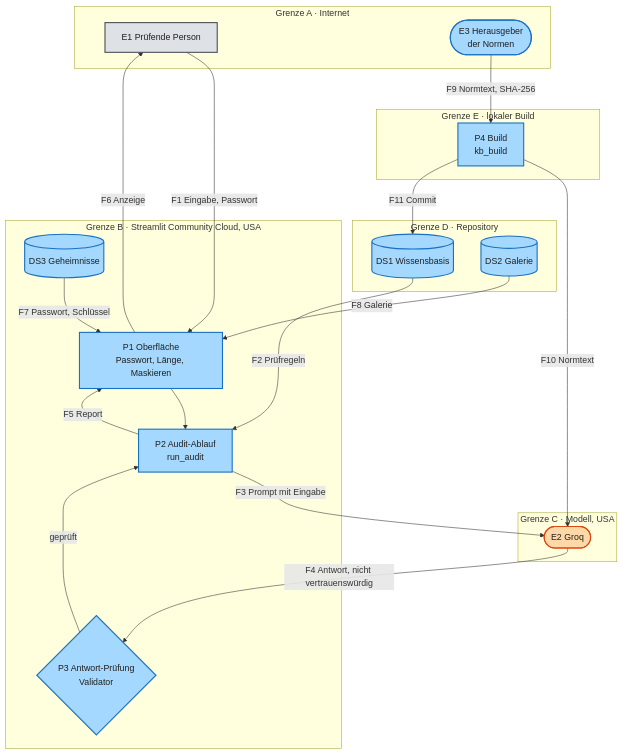
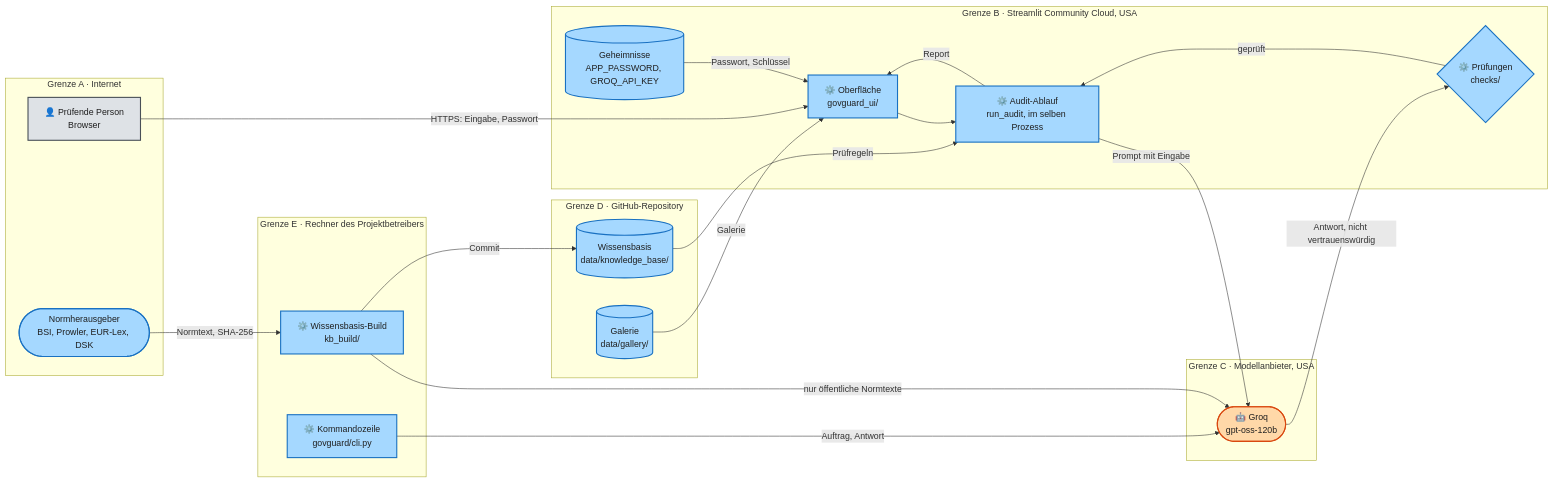
The fifth of 5 diagrams in docs/ARCHITECTURE.md (Daniel74/GovGuard), drawn with Mermaid before and after one commit. The commit also changed other lines of this file and 53 other files, not shown here.

Commit message:
#72 4+1-Doku ersetzt ARCHITECTURE und DESIGN, Ausbau nach AUSBAU.md, Drift-Test vereint

````diff
--- a/docs/ARCHITECTURE.md
+++ b/docs/ARCHITECTURE.md
@@ -464,38 +388,39 @@
 ```mermaid
-flowchart TB
+flowchart LR
   subgraph A["Grenze A · Internet"]
-    E1["E1 Prüfende Person"]:::human
-    E3(["E3 Herausgeber<br/>der Normen"]):::code
+    U["👤 Prüfende Person<br/>Browser"]:::human
+    N(["Normherausgeber<br/>BSI, Prowler, EUR-Lex, DSK"]):::code
   end
   subgraph B["Grenze B · Streamlit Community Cloud, USA"]
-    P1["P1 Oberfläche<br/>Passwort, Länge, Maskieren"]:::code
-    P2["P2 Audit-Ablauf<br/>run_audit"]:::code
-    P3{"P3 Antwort-Prüfung<br/>Validator"}:::code
-    SEC[("DS3 Geheimnisse")]:::code
+    UI["⚙️ Oberfläche<br/>govguard_ui/"]:::code
+    AE["⚙️ Audit-Ablauf<br/>run_audit, im selben Prozess"]:::code
+    P3{"⚙️ Prüfungen<br/>checks/"}:::code
+    SEC[("Geheimnisse<br/>APP_PASSWORD, GROQ_API_KEY")]:::code
   end
-  subgraph C["Grenze C · Modell, USA"]
-    E2(["E2 Groq"]):::llm
+  subgraph C["Grenze C · Modellanbieter, USA"]
+    GQ(["🤖 Groq<br/>gpt-oss-120b"]):::llm
   end
-  subgraph D["Grenze D · Repository"]
-    DS1[("DS1 Wissensbasis")]:::code
-    DS2[("DS2 Galerie")]:::code
+  subgraph D["Grenze D · GitHub-Repository"]
+    KB[("Wissensbasis<br/>data/knowledge_base/")]:::code
+    GAL[("Galerie<br/>data/gallery/")]:::code
   end
-  subgraph L["Grenze E · lokaler Build"]
-    P4["P4 Build<br/>kb_build"]:::code
+  subgraph E["Grenze E · Rechner des Projektbetreibers"]
+    BU["⚙️ Wissensbasis-Build<br/>kb_build/"]:::code
+    CLI["⚙️ Kommandozeile<br/>govguard/cli.py"]:::code
   end
-  E1 -->|"F1 Eingabe, Passwort"| P1 --> P2
-  DS1 -->|"F2 Prüfregeln"| P2
-  P2 -->|"F3 Prompt mit Eingabe"| E2
-  E2 -->|"F4 Antwort, nicht vertrauenswürdig"| P3
-  P3 -->|"geprüft"| P2
-  P2 -->|"F5 Report"| P1
-  P1 -->|"F6 Anzeige"| E1
-  SEC -->|"F7 Passwort, Schlüssel"| P1
-  DS2 -->|"F8 Galerie"| P1
-  E3 -->|"F9 Normtext, SHA-256"| P4
-  P4 -->|"F10 Normtext"| E2
-  P4 -->|"F11 Commit"| DS1
+  U -->|"HTTPS: Eingabe, Passwort"| UI --> AE
+  KB -->|"Prüfregeln"| AE
+  AE -->|"Prompt mit Eingabe"| GQ
+  GQ -->|"Antwort, nicht vertrauenswürdig"| P3
+  P3 -->|"geprüft"| AE
+  AE -->|"Report"| UI
+  SEC -->|"Passwort, Schlüssel"| UI
+  GAL -->|"Galerie"| UI
+  N -->|"Normtext, SHA-256"| BU
+  BU -->|"nur öffentliche Normtexte"| GQ
+  BU -->|"Commit"| KB
+  CLI -->|"Auftrag, Antwort"| GQ
   classDef llm fill:#ffd8a8,stroke:#d9480f,color:#1f1f1f,stroke-width:2px
   classDef code fill:#a5d8ff,stroke:#1971c2,color:#1f1f1f,stroke-width:2px
   classDef human fill:#dee2e6,stroke:#495057,color:#1f1f1f,stroke-width:2px
 ```
````
